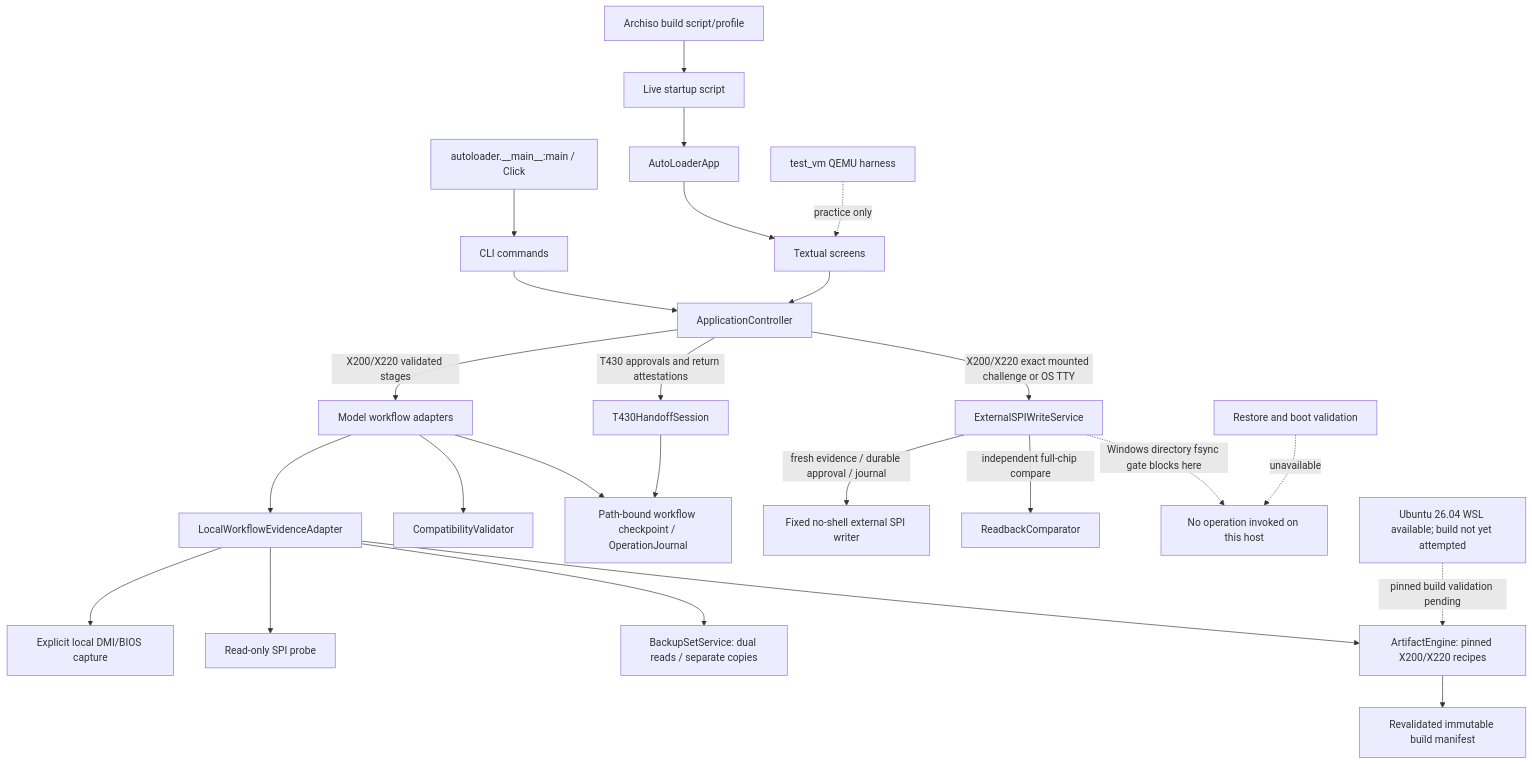
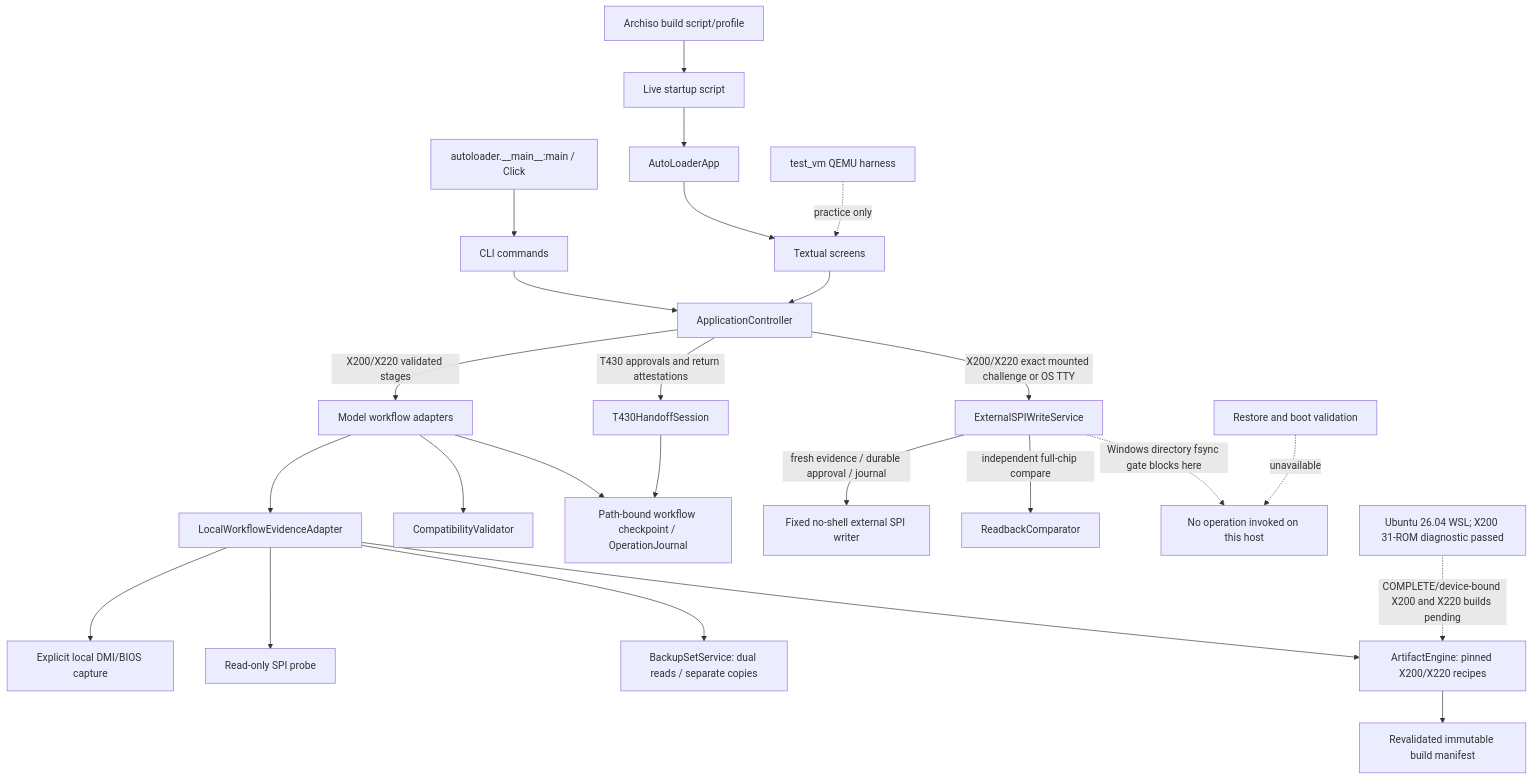
The diagram in docs/v1/ARCHITECTURE.md (abharrison1995-droid/Libre_Core-AutoLoader), drawn with Mermaid before and after one commit. The commit also changed other lines of this file and 149 other files, not shown here.

````diff
--- a/docs/v1/ARCHITECTURE.md
+++ b/docs/v1/ARCHITECTURE.md
@@ -5,27 +5,27 @@
 ```mermaid
 flowchart TD
   Entry[autoloader.__main__:main / Click] --> CLI[CLI commands]
   CLI --> Controller[ApplicationController]
   App[AutoLoaderApp] --> Screens[Textual screens]
   Screens --> Controller
   Controller -->|T430 approvals and return attestations| T430[T430HandoffSession]
   Controller -->|X200/X220 validated stages| XWorkflow[Model workflow adapters]
   XWorkflow --> LocalAdapter[LocalWorkflowEvidenceAdapter]
   LocalAdapter --> DMI[Explicit local DMI/BIOS capture]
   LocalAdapter --> Probe[Read-only SPI probe]
   LocalAdapter --> Backup[BackupSetService: dual reads / separate copies]
   LocalAdapter --> Artifact[ArtifactEngine: pinned X200/X220 recipes]
   Artifact --> Manifest[Revalidated immutable build manifest]
   XWorkflow --> Policy[CompatibilityValidator]
   XWorkflow --> Journal[Path-bound workflow checkpoint / OperationJournal]
   T430 --> Journal
   Controller -->|X200/X220 exact mounted challenge or OS TTY| WriteService[ExternalSPIWriteService]
   WriteService -->|fresh evidence / durable approval / journal| Writer[Fixed no-shell external SPI writer]
   WriteService -->|independent full-chip compare| Readback[ReadbackComparator]
   WriteService -. Windows directory fsync gate blocks here .-> Result[No operation invoked on this host]
   Restore[Restore and boot validation] -. unavailable .-> Result
-  BuildEnv[Ubuntu 26.04 WSL available; build not yet attempted] -. pinned build validation pending .-> Artifact
+  BuildEnv[Ubuntu 26.04 WSL; X200 31-ROM diagnostic passed] -. COMPLETE/device-bound X200 and X220 builds pending .-> Artifact
   USB[Archiso build script/profile] --> Start[Live startup script]
   Start --> App
   VM[test_vm QEMU harness] -. practice only .-> Screens
 ```
````
